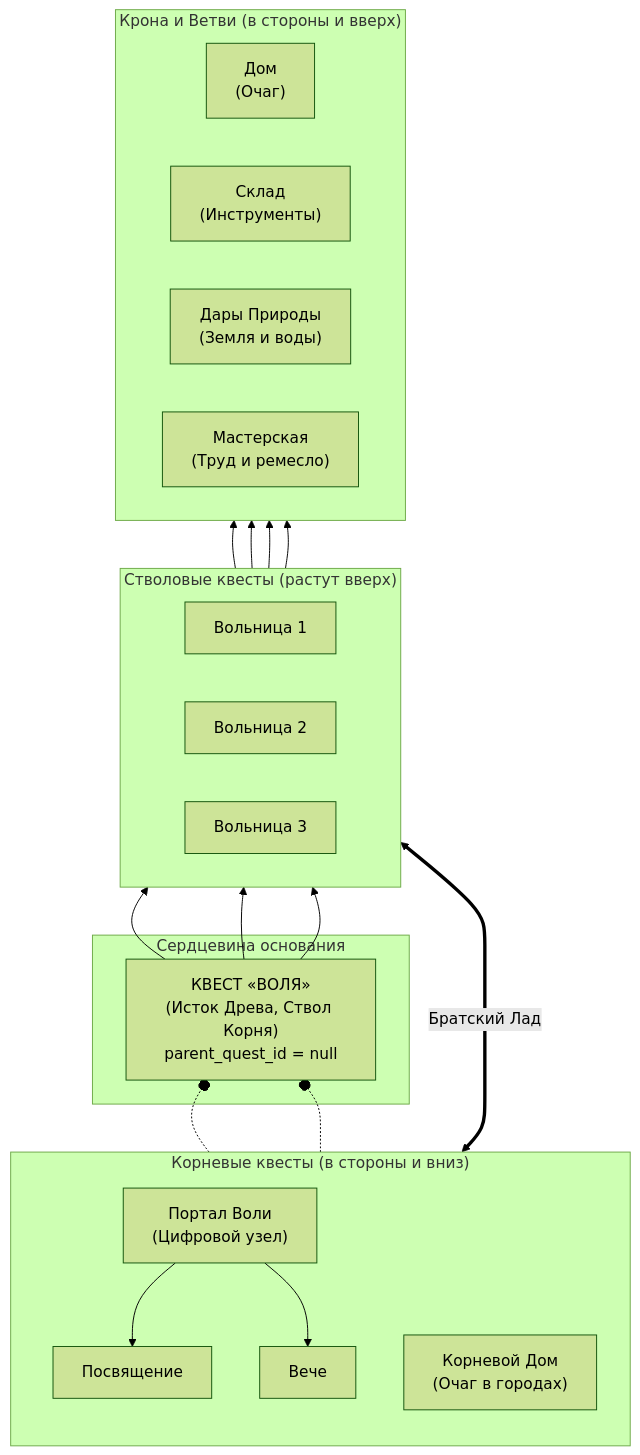
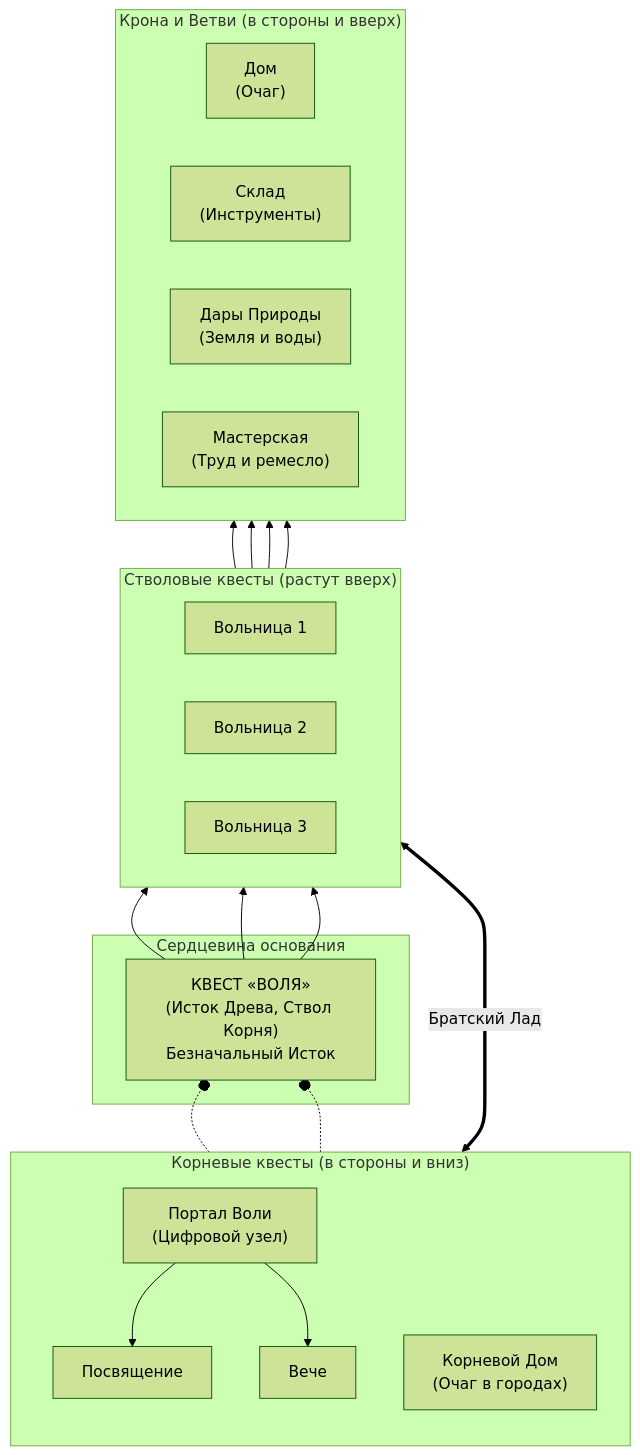
The fourth of 5 diagrams in Манифест Воли.md (sigom-unicorn/Volya), drawn with Mermaid (forest theme) before and after one commit. The commit also changed other lines of this file and 3 other files, not shown here.

````diff
--- a/Манифест Воли.md
+++ b/Манифест Воли.md
@@ -208,45 +197,45 @@
 ```mermaid
 flowchart BT
     subgraph KRONA["Крона и Ветви (в стороны и вверх)"]
         direction LR
         D["Дом<br/>(Очаг)"]
         SK["Склад<br/>(Инструменты)"]
         DP["Дары Природы<br/>(Земля и воды)"]
         M["Мастерская<br/>(Труд и ремесло)"]
     end
 
     subgraph STVOLY["Стволовые квесты (растут вверх)"]
         direction LR
         VOL1["Вольница 1"]
         VOL2["Вольница 2"]
         VOL3["Вольница 3"]
     end
 
     subgraph ISTOK["Сердцевина основания"]
-        V["КВЕСТ «ВОЛЯ»<br/>(Исток Древа, Ствол Корня)<br/>parent_quest_id = null"]
+        V["КВЕСТ «ВОЛЯ»<br/>(Исток Древа, Ствол Корня)<br/>Безначальный Исток"]
     end
 
     subgraph KORNI["Корневые квесты (в стороны и вниз)"]
         direction TB
         PV["Портал Воли<br/>(Цифровой узел)"]
         P["Посвящение"]
         VE["Вече"]
         KD["Корневой Дом<br/>(Очаг в городах)"]
         PV --> P
         PV --> VE
     end
 
     %% Рост вверх к свету
     V --> VOL1
     V --> VOL2
     V --> VOL3
     VOL1 --> D
     VOL2 --> SK
     VOL2 --> DP
     VOL3 --> M
 
     %% Корни уходят вниз от Воли
     PV -.-o V
     KD -.-o V
     KD <===>|"Братский Лад"| VOL1
 ```
````
